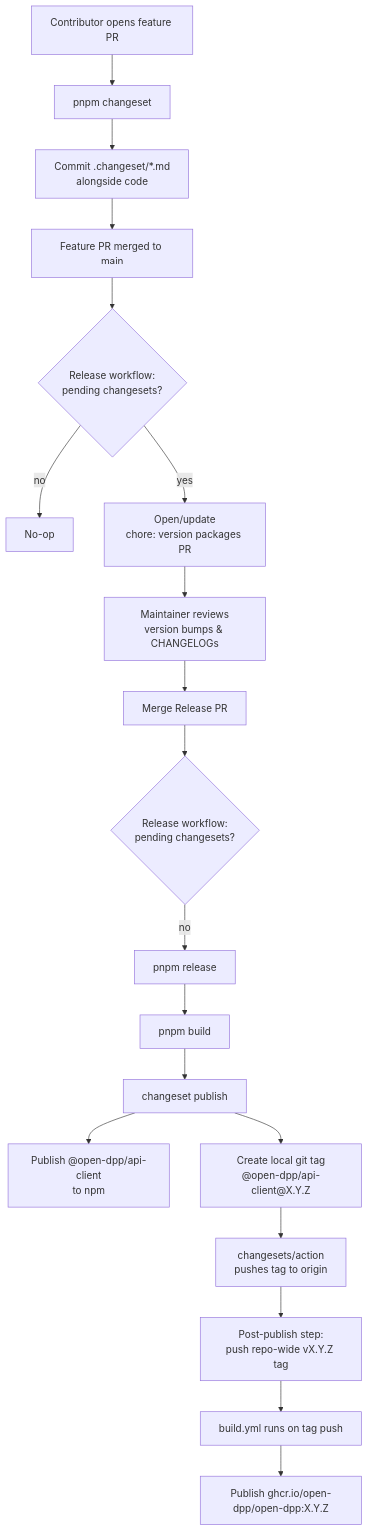
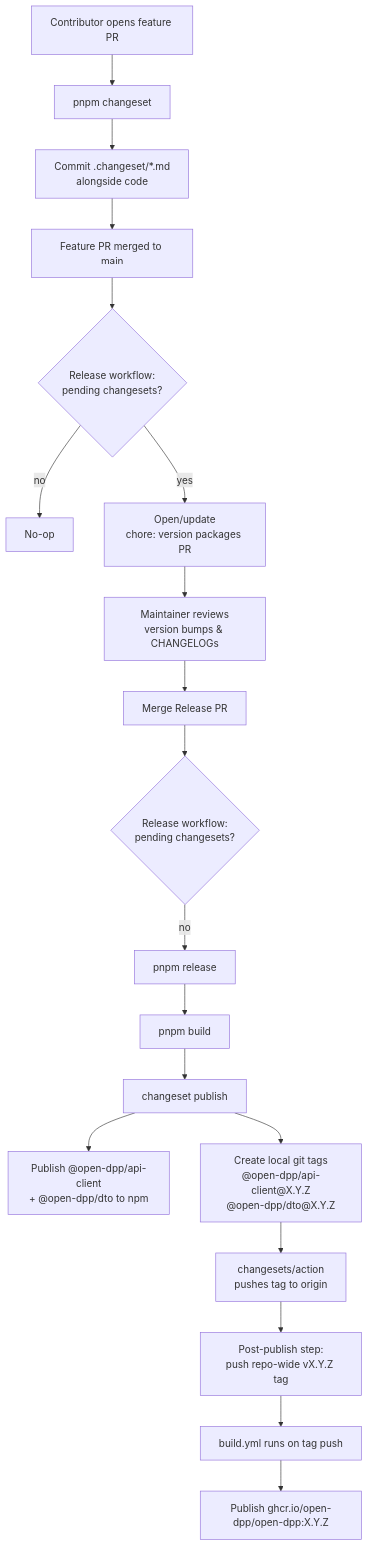
One commit to open-dpp/open-dpp changed the first of 2 diagrams in RELEASING.md. Above: the diagram before and after it, drawn with Mermaid. The commit also changed other lines of this file, not shown here.

Commit message:
docs: update RELEASING.md to reflect dual-package publish throughout

````diff
--- a/RELEASING.md
+++ b/RELEASING.md
@@ -17,21 +17,21 @@
 ```mermaid
 flowchart TD
     A[Contributor opens feature PR] --> B[pnpm changeset]
     B --> C[Commit .changeset/*.md<br/>alongside code]
     C --> D[Feature PR merged to main]
     D --> E{Release workflow:<br/>pending changesets?}
     E -- no --> Z[No-op]
     E -- yes --> F[Open/update<br/>chore: version packages PR]
     F --> G[Maintainer reviews<br/>version bumps & CHANGELOGs]
     G --> H[Merge Release PR]
     H --> I{Release workflow:<br/>pending changesets?}
     I -- no --> J[pnpm release]
     J --> K[pnpm build]
     K --> L[changeset publish]
-    L --> M[Publish @open-dpp/api-client<br/>to npm]
-    L --> N[Create local git tag<br/>@open-dpp/api-client@X.Y.Z]
+    L --> M[Publish @open-dpp/api-client<br/>+ @open-dpp/dto to npm]
+    L --> N[Create local git tags<br/>@open-dpp/api-client@X.Y.Z<br/>@open-dpp/dto@X.Y.Z]
     N --> O[changesets/action<br/>pushes tag to origin]
     O --> P[Post-publish step:<br/>push repo-wide vX.Y.Z tag]
     P --> Q[build.yml runs on tag push]
     Q --> R[Publish ghcr.io/open-dpp/open-dpp:X.Y.Z]
 ```
````
